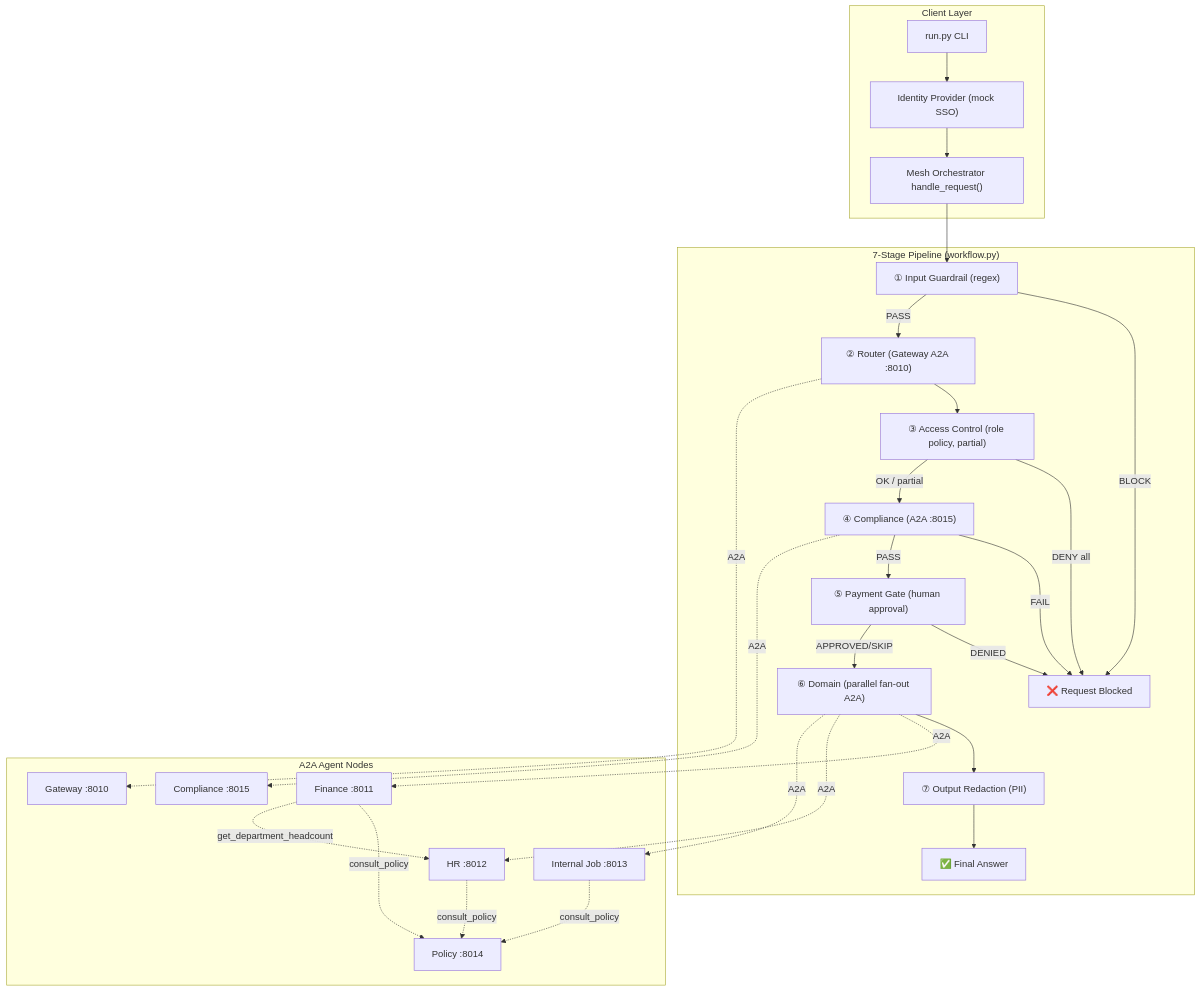
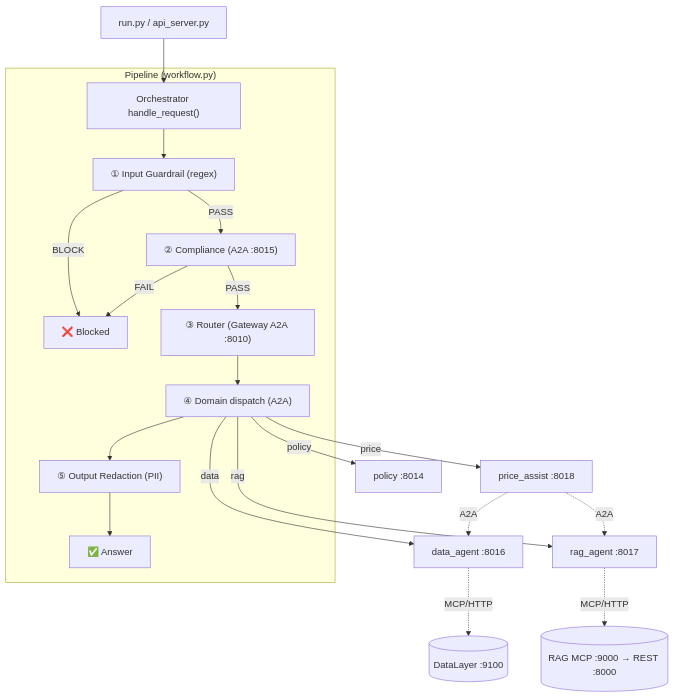
One commit to manojchevula-acc/agent-mesh changed the diagram in SYSTEM_FLOW.md. Above: the diagram before and after it, drawn with Mermaid. The commit also changed other lines of this file and 96 other files, not shown here.

````diff
--- a/SYSTEM_FLOW.md
+++ b/SYSTEM_FLOW.md
@@ -75,39 +81,22 @@
 ```mermaid
 flowchart TD
-    subgraph CLIENT["Client Layer"]
-        CLI["run.py CLI"] --> LOGIN["Identity Provider (mock SSO)"]
-        LOGIN --> ORCH["Mesh Orchestrator handle_request()"]
+    CLI["run.py / api_server.py"] --> ORCH["Orchestrator handle_request()"]
+    subgraph PIPE["Pipeline (workflow.py)"]
+        ORCH --> S1["① Input Guardrail (regex)"]
+        S1 -->|BLOCK| X["❌ Blocked"]
+        S1 -->|PASS| S2["② Compliance (A2A :8015)"]
+        S2 -->|FAIL| X
+        S2 -->|PASS| S3["③ Router (Gateway A2A :8010)"]
+        S3 --> S4["④ Domain dispatch (A2A)"]
+        S4 --> S5["⑤ Output Redaction (PII)"]
+        S5 --> R["✅ Answer"]
     end
-
-    subgraph PIPELINE["7-Stage Pipeline (workflow.py)"]
-        ORCH --> S1["① Input Guardrail (regex)"]
-        S1 -->|BLOCK| BLOCKED["❌ Request Blocked"]
-        S1 -->|PASS| S2["② Router (Gateway A2A :8010)"]
-        S2 --> S3["③ Access Control (role policy, partial)"]
-        S3 -->|DENY all| BLOCKED
-        S3 -->|OK / partial| S4["④ Compliance (A2A :8015)"]
-        S4 -->|FAIL| BLOCKED
-        S4 -->|PASS| S5["⑤ Payment Gate (human approval)"]
-        S5 -->|DENIED| BLOCKED
-        S5 -->|APPROVED/SKIP| S6["⑥ Domain (parallel fan-out A2A)"]
-        S6 --> S7["⑦ Output Redaction (PII)"]
-        S7 --> RESULT["✅ Final Answer"]
-    end
-
-    subgraph AGENTS["A2A Agent Nodes"]
-        GW["Gateway :8010"]
-        FIN["Finance :8011"]
-        HR["HR :8012"]
-        JOB["Internal Job :8013"]
-        POL["Policy :8014"]
-        COMP["Compliance :8015"]
-    end
-
-    S2 -.->|A2A| GW
-    S4 -.->|A2A| COMP
-    S6 -.->|A2A| FIN
-    S6 -.->|A2A| HR
-    S6 -.->|A2A| JOB
-    FIN & HR & JOB -.->|consult_policy| POL
-    FIN -.->|get_department_headcount| HR
+    S4 -->|price| PA["price_assist :8018"]
+    S4 -->|data| DA["data_agent :8016"]
+    S4 -->|rag| RA["rag_agent :8017"]
+    S4 -->|policy| PO["policy :8014"]
+    PA -. A2A .-> DA
+    PA -. A2A .-> RA
+    DA -. MCP/HTTP .-> DL[("DataLayer :9100")]
+    RA -. MCP/HTTP .-> RG[("RAG MCP :9000 → REST :8000")]
 ```
````
